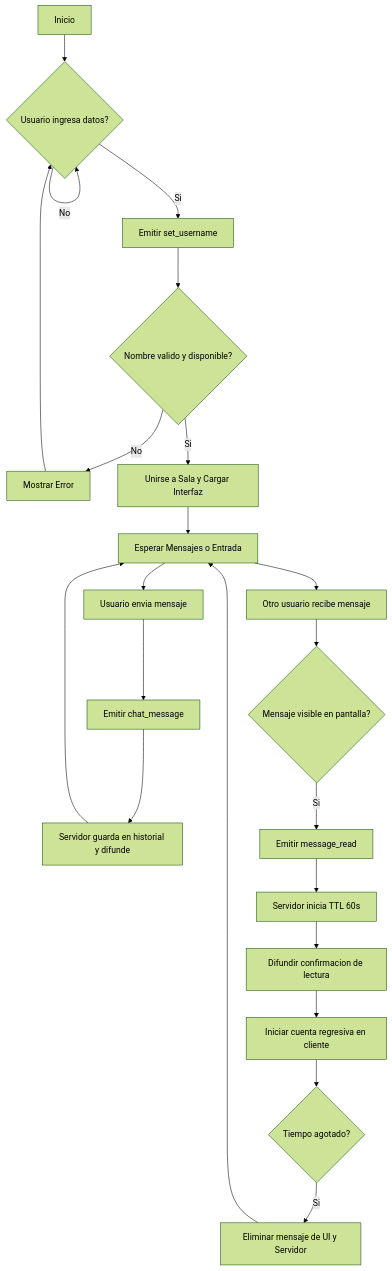
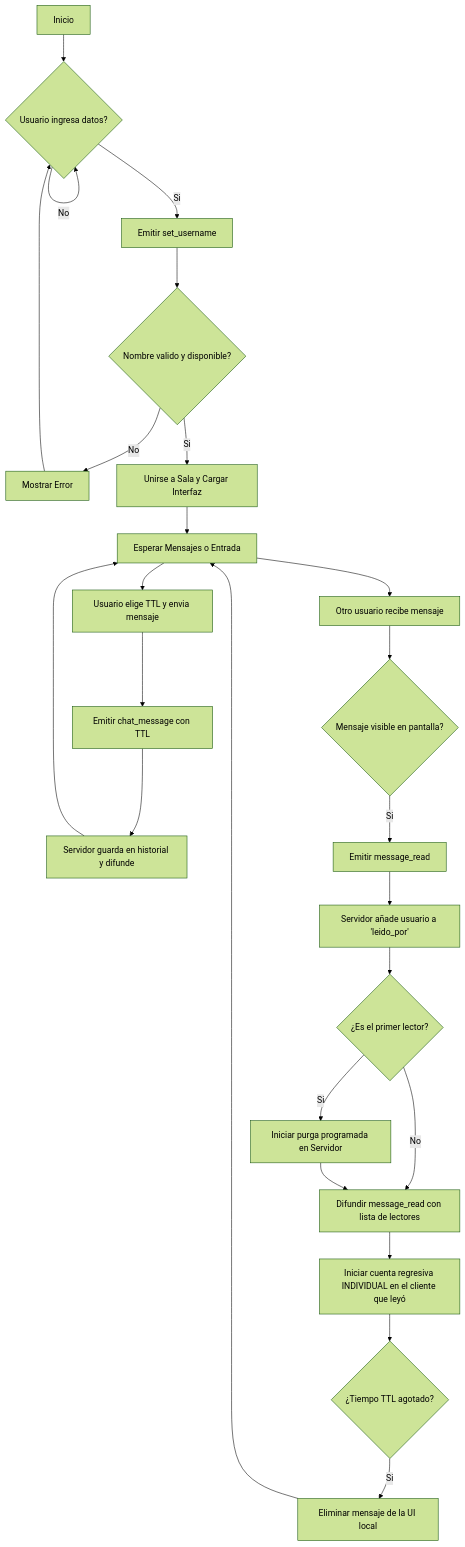
One commit to gamurigm/practica3 changed the first of 3 diagrams in README.MD. Above: the diagram before and after it, drawn with Mermaid (forest theme). The commit also changed other lines of this file, not shown here.

Commit message:
docs: actualiza diagramas mermaid con logica de leido_por y TTL individual

````diff
--- a/README.MD
+++ b/README.MD
@@ -197,23 +197,26 @@
 ```mermaid
 flowchart TD
     A[Inicio] --> B{"Usuario ingresa datos?"}
     B -- No --> B
     B -- Si --> C[Emitir set_username]
     C --> D{"Nombre valido y disponible?"}
     D -- No --> E[Mostrar Error] --> B
     D -- Si --> F[Unirse a Sala y Cargar Interfaz]
     F --> G[Esperar Mensajes o Entrada]
-    G --> H[Usuario envia mensaje]
-    H --> I[Emitir chat_message]
+    G --> H[Usuario elige TTL y envia mensaje]
+    H --> I[Emitir chat_message con TTL]
     I --> J[Servidor guarda en historial y difunde]
     J --> G
     G --> K[Otro usuario recibe mensaje]
     K --> L{"Mensaje visible en pantalla?"}
     L -- Si --> M[Emitir message_read]
-    M --> N[Servidor inicia TTL 60s]
-    N --> O[Difundir confirmacion de lectura]
-    O --> P[Iniciar cuenta regresiva en cliente]
-    P --> Q{"Tiempo agotado?"}
-    Q -- Si --> R[Eliminar mensaje de UI y Servidor]
-    R --> G
+    M --> N[Servidor añade usuario a 'leido_por']
+    N --> O{"¿Es el primer lector?"}
+    O -- Si --> P[Iniciar purga programada en Servidor]
+    O -- No --> Q
+    P --> Q[Difundir message_read con lista de lectores]
+    Q --> R[Iniciar cuenta regresiva INDIVIDUAL en el cliente que leyó]
+    R --> S{"¿Tiempo TTL agotado?"}
+    S -- Si --> T[Eliminar mensaje de la UI local]
+    T --> G
 ```
````
